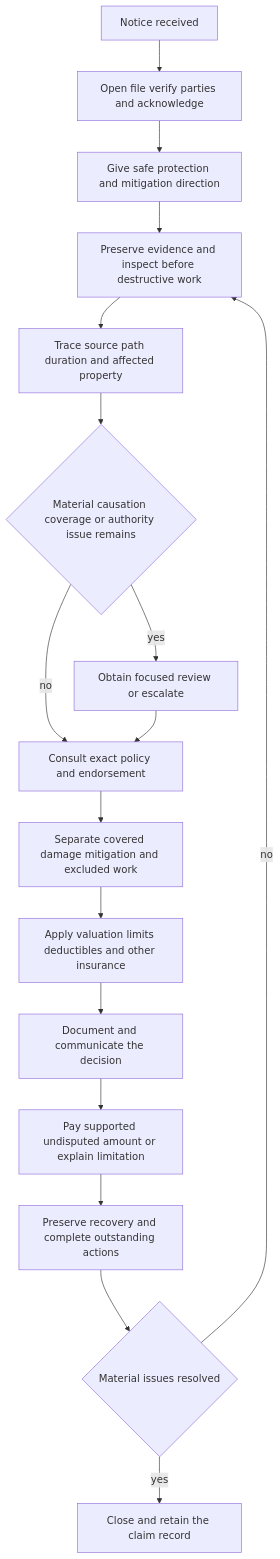
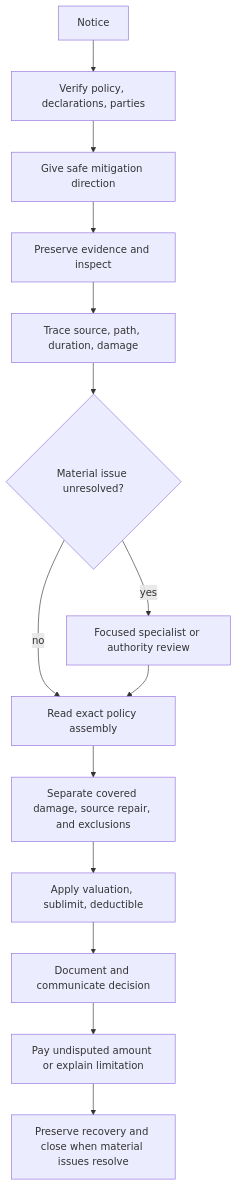
One commit to langchain-samples/openwiki-insurance-corpus changed the diagram in openwiki/claims/guidelines/water-loss-handling.md. Above: the diagram before and after it, drawn with Mermaid. The commit also changed other lines of this file and 76 other files, not shown here.

First line of the commit message:
docs: refresh OpenWiki (complete)

````diff
--- a/openwiki/claims/guidelines/water-loss-handling.md
+++ b/openwiki/claims/guidelines/water-loss-handling.md
@@ -50,19 +52,16 @@
 ```mermaid
 flowchart TD
-    notice["Notice received"] --> intake["Open file verify parties and acknowledge"]
-    intake --> protect["Give safe protection and mitigation direction"]
-    protect --> preserve["Preserve evidence and inspect before destructive work"]
-    preserve --> trace["Trace source path duration and affected property"]
-    trace --> issue{"Material causation coverage or authority issue remains"}
-    issue -->|"yes"| refer["Obtain focused review or escalate"]
-    issue -->|"no"| consult["Consult exact policy and endorsement"]
-    refer --> consult
-    consult --> scope["Separate covered damage mitigation and excluded work"]
-    scope --> value["Apply valuation limits deductibles and other insurance"]
-    value --> decision["Document and communicate the decision"]
-    decision --> pay["Pay supported undisputed amount or explain limitation"]
-    pay --> recover["Preserve recovery and complete outstanding actions"]
-    recover --> close{"Material issues resolved"}
-    close -->|"no"| preserve
-    close -->|"yes"| done["Close and retain the claim record"]
+  N["Notice"] --> I["Verify policy, declarations, parties"]
+  I --> M["Give safe mitigation direction"]
+  M --> E["Preserve evidence and inspect"]
+  E --> C["Trace source, path, duration, damage"]
+  C --> V{"Material issue unresolved?"}
+  V -->|yes| R["Focused specialist or authority review"]
+  V -->|no| P["Read exact policy assembly"]
+  R --> P
+  P --> S["Separate covered damage, source repair, and exclusions"]
+  S --> A["Apply valuation, sublimit, deductible"]
+  A --> D["Document and communicate decision"]
+  D --> Pay["Pay undisputed amount or explain limitation"]
+  Pay --> X["Preserve recovery and close when material issues resolve"]
 ```
````
